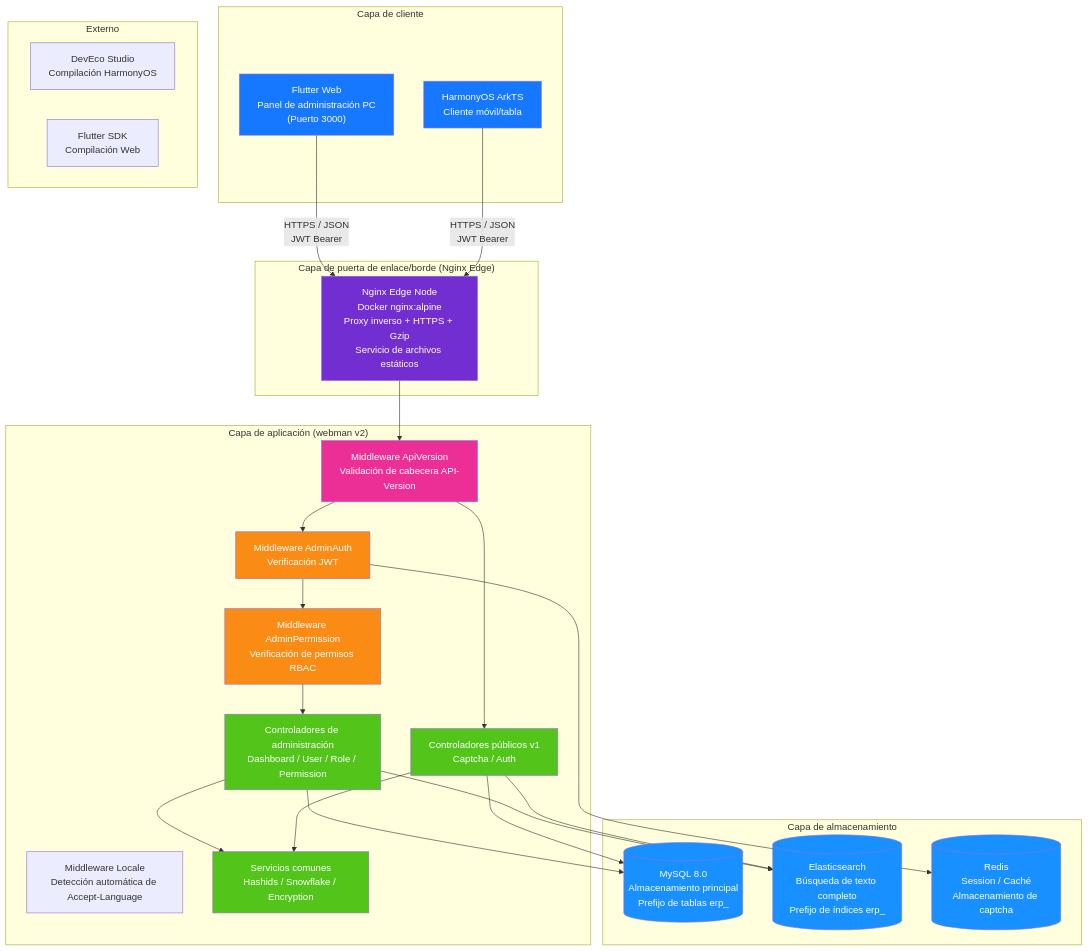
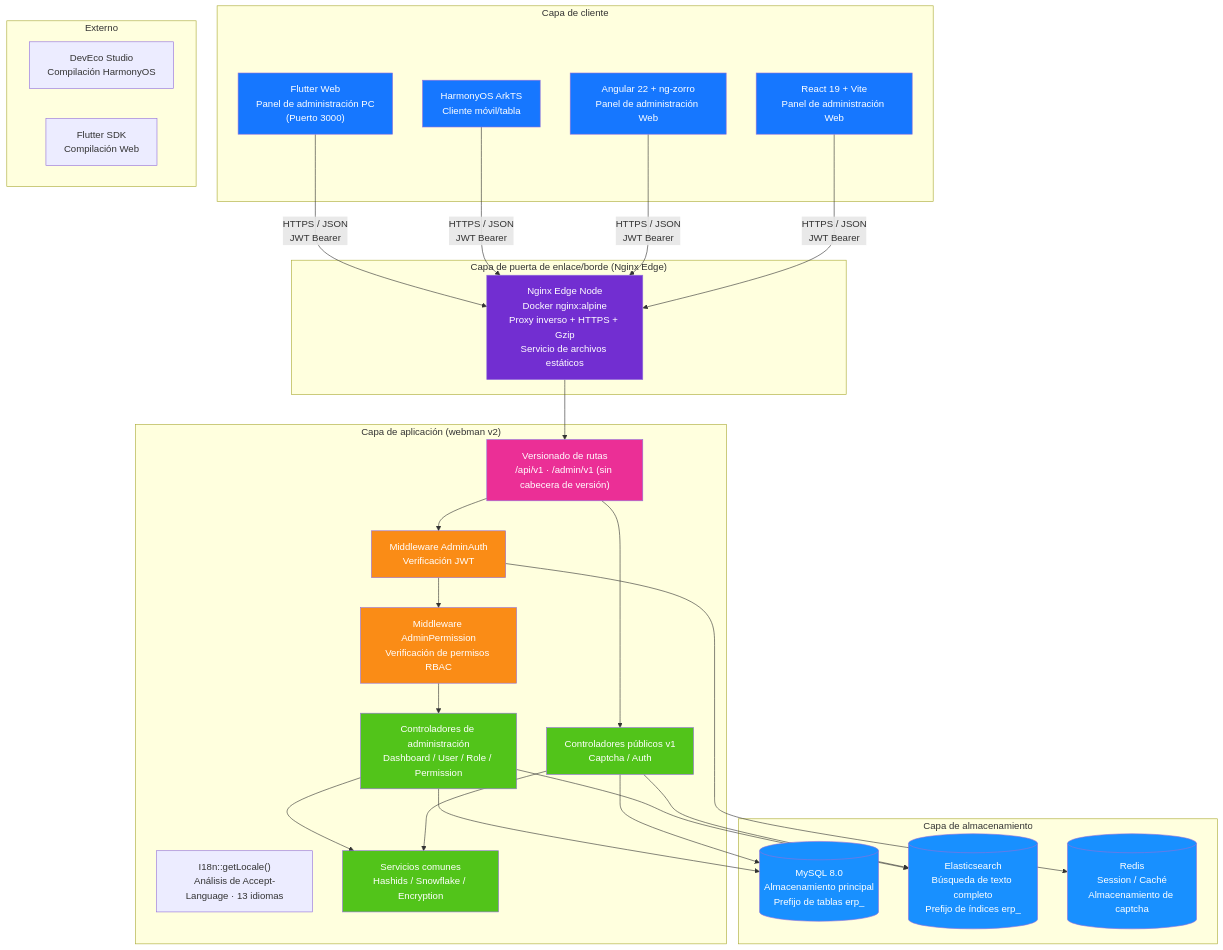
Before and after one commit to erikwang2013/erp-php: the first of 20 diagrams in docs/i18n/es/ARCHITECTURE.md, drawn with Mermaid. The commit also changed other lines of this file and 325 other files, not shown here.

````diff
--- a/docs/i18n/es/ARCHITECTURE.md
+++ b/docs/i18n/es/ARCHITECTURE.md
@@ -11,60 +11,66 @@
 ```mermaid
 flowchart TB
     subgraph "Capa de cliente"
         A1["Flutter Web<br/>Panel de administración PC<br/>(Puerto 3000)"]
         A2["HarmonyOS ArkTS<br/>Cliente móvil/tabla"]
+        A3["Angular 22 + ng-zorro<br/>Panel de administración Web"]
+        A4["React 19 + Vite<br/>Panel de administración Web"]
     end
 
     subgraph "Capa de puerta de enlace/borde (Nginx Edge)"
         B1["Nginx Edge Node<br/>Docker nginx:alpine<br/>Proxy inverso + HTTPS + Gzip<br/>Servicio de archivos estáticos"]
     end
 
     subgraph "Capa de aplicación (webman v2)"
-        C_LOC["Middleware Locale<br/>Detección automática de Accept-Language"]
-        C0["Middleware ApiVersion<br/>Validación de cabecera API-Version"]
+        C_LOC["I18n::getLocale()<br/>Análisis de Accept-Language · 13 idiomas"]
+        C0["Versionado de rutas<br/>/api/v1 · /admin/v1 (sin cabecera de versión)"]
         C1["Middleware AdminAuth<br/>Verificación JWT"]
         C2["Middleware AdminPermission<br/>Verificación de permisos RBAC"]
         C3["Controladores de administración<br/>Dashboard / User / Role / Permission"]
         C4["Controladores públicos v1<br/>Captcha / Auth"]
         C5["Servicios comunes<br/>Hashids / Snowflake / Encryption"]
     end
 
     subgraph "Capa de almacenamiento"
         D1[("MySQL 8.0<br/>Almacenamiento principal<br/>Prefijo de tablas erp_")]
         D2[("Elasticsearch<br/>Búsqueda de texto completo<br/>Prefijo de índices erp_")]
         D3[("Redis<br/>Session / Caché<br/>Almacenamiento de captcha")]
     end
 
     subgraph "Externo"
         E1["DevEco Studio<br/>Compilación HarmonyOS"]
         E2["Flutter SDK<br/>Compilación Web"]
     end
 
     A1 -->|"HTTPS / JSON<br/>JWT Bearer"| B1
     A2 -->|"HTTPS / JSON<br/>JWT Bearer"| B1
+    A3 -->|"HTTPS / JSON<br/>JWT Bearer"| B1
+    A4 -->|"HTTPS / JSON<br/>JWT Bearer"| B1
     B1 --> C0
     C0 --> C1
     C1 --> C2
     C2 --> C3
     C0 --> C4
     C3 --> C5
     C4 --> C5
     C3 --> D1
     C4 --> D1
     C3 --> D2
     C4 --> D2
     C1 --> D3
 
     style A1 fill:#1677FF,color:#fff
     style A2 fill:#1677FF,color:#fff
+    style A3 fill:#1677FF,color:#fff
+    style A4 fill:#1677FF,color:#fff
     style B1 fill:#722ED1,color:#fff
     style C0 fill:#EB2F96,color:#fff
     style C1 fill:#FA8C16,color:#fff
     style C2 fill:#FA8C16,color:#fff
     style C3 fill:#52C41A,color:#fff
     style C4 fill:#52C41A,color:#fff
     style C5 fill:#52C41A,color:#fff
     style D1 fill:#1890FF,color:#fff
     style D2 fill:#1890FF,color:#fff
     style D3 fill:#1890FF,color:#fff
 ```
````
